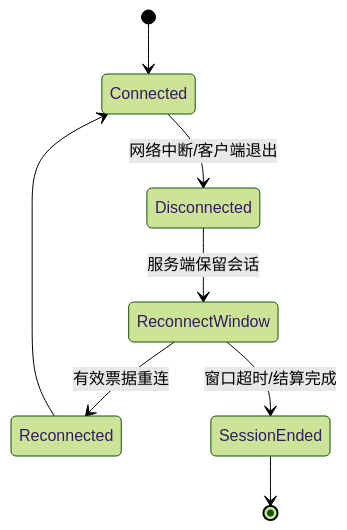
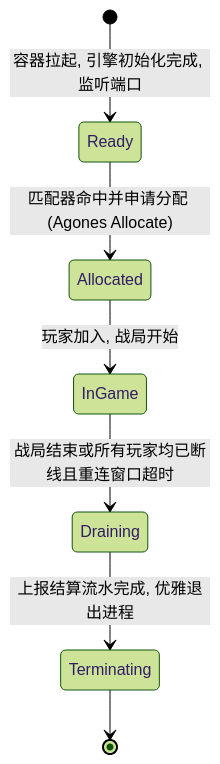
The third of 3 diagrams in 游戏服务端/05-UE Dedicated Server平台化/03-DS会话注册与重连实现.md (fantuan812/learning), drawn with Mermaid (forest theme) before and after one commit. The commit also changed other lines of this file and 7 other files, not shown here.

````diff
--- a/游戏服务端/05-UE Dedicated Server平台化/03-DS会话注册与重连实现.md
+++ b/游戏服务端/05-UE Dedicated Server平台化/03-DS会话注册与重连实现.md
@@ -125,10 +238,14 @@
 ```mermaid
 stateDiagram-v2
-    [*] --> Connected
-    Connected --> Disconnected: 网络中断/客户端退出
-    Disconnected --> ReconnectWindow: 服务端保留会话
-    ReconnectWindow --> Reconnected: 有效票据重连
-    ReconnectWindow --> SessionEnded: 窗口超时/结算完成
-    Reconnected --> Connected
-    SessionEnded --> [*]
+    [*] --> Ready: 容器拉起, 引擎初始化完成, 监听端口
+
+    Ready --> Allocated: 匹配器命中并申请分配 (Agones Allocate)
+
+    Allocated --> InGame: 玩家加入, 战局开始
+
+    InGame --> Draining: 战局结束或所有玩家均已断线且重连窗口超时
+
+    Draining --> Terminating: 上报结算流水完成, 优雅退出进程
+
+    Terminating --> [*]
 ```
````
